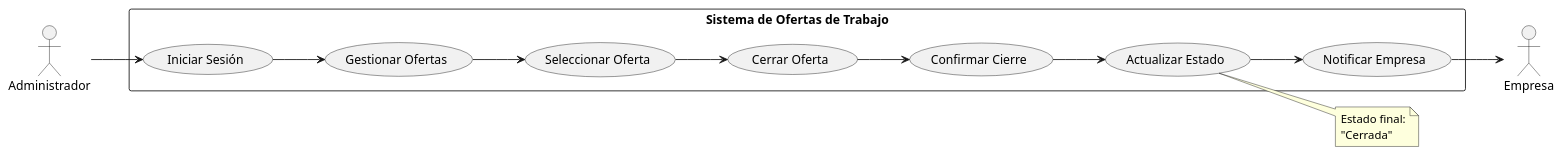
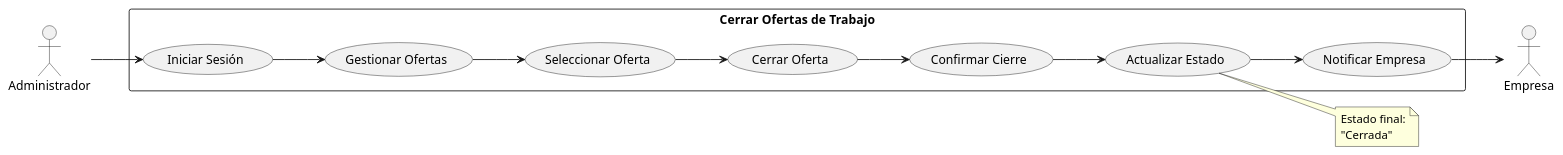
The diagram in modelosUML/CasosDeUso/diagramas/cerrarOfertaTrabajo.puml (mmasias/24-25-IdSw1-SDR), drawn with PlantUML before and after one commit.

Commit message:
cerrarOfertaTrabajo

```diff
--- a/modelosUML/CasosDeUso/diagramas/cerrarOfertaTrabajo.puml
+++ b/modelosUML/CasosDeUso/diagramas/cerrarOfertaTrabajo.puml
@@ -1,31 +1,31 @@
 @startuml
 left to right direction
 skinparam packageStyle rectangle
 
 actor "Administrador" as admin
 actor "Empresa" as empresa
 
-rectangle "Sistema de Ofertas de Trabajo" {
+rectangle "Cerrar Ofertas de Trabajo" {
   usecase "Iniciar Sesión" as UC1
   usecase "Gestionar Ofertas" as UC2
   usecase "Seleccionar Oferta" as UC3
   usecase "Cerrar Oferta" as UC4
   usecase "Confirmar Cierre" as UC5
   usecase "Actualizar Estado" as UC6
   usecase "Notificar Empresa" as UC7
 }
 
 admin --> UC1
 UC1 --> UC2
 UC2 --> UC3
 UC3 --> UC4
 UC4 --> UC5
 UC5 --> UC6
 UC6 --> UC7
 UC7 --> empresa
 
 note right of UC6
   Estado final:
   "Cerrada"
 end note
 @enduml
```
